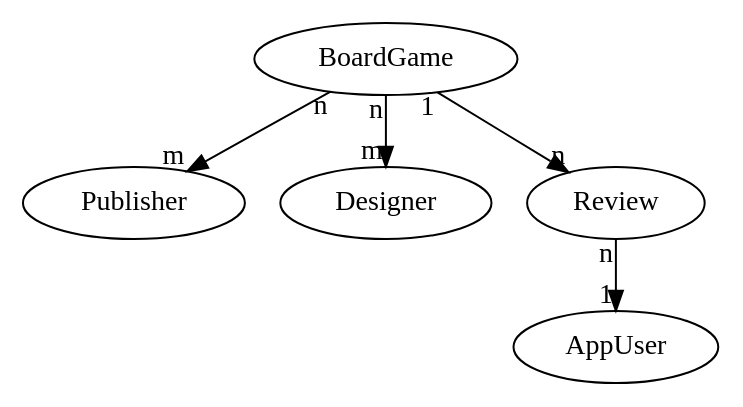
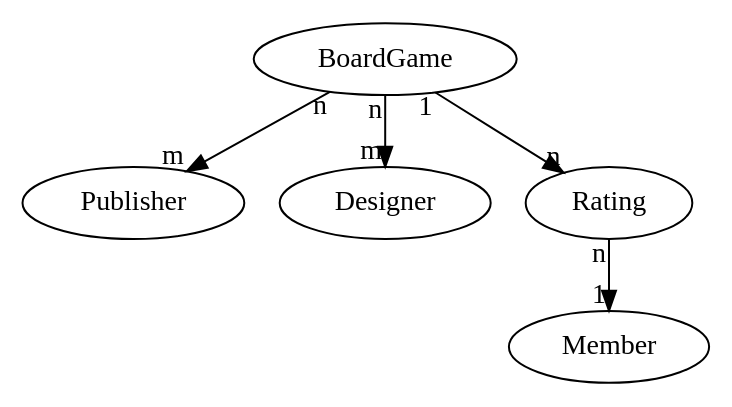
The diagram in docs/tutorial/domain.rst (walmartlabs/lacinia), drawn with Graphviz before and after one commit. The commit also changed other lines of this file and 7 other files, not shown here.

```diff
--- a/docs/tutorial/domain.rst
+++ b/docs/tutorial/domain.rst
@@ -10,15 +10,15 @@
 .. graphviz::
 
    digraph {
 
     BoardGame
     Publisher
     Designer
-    AppUser
-    Review
+    Member
+    Rating
 
-    BoardGame -> Review [taillabel="1", headlabel="n"]
+    BoardGame -> Rating [taillabel="1", headlabel="n"]
     BoardGame -> {Publisher, Designer} [taillabel="n", headlabel="m"]
-    Review -> AppUser [taillabel="n", headlabel="1" ]
+    Rating -> Member [taillabel="n", headlabel="1" ]
 
    }
```
